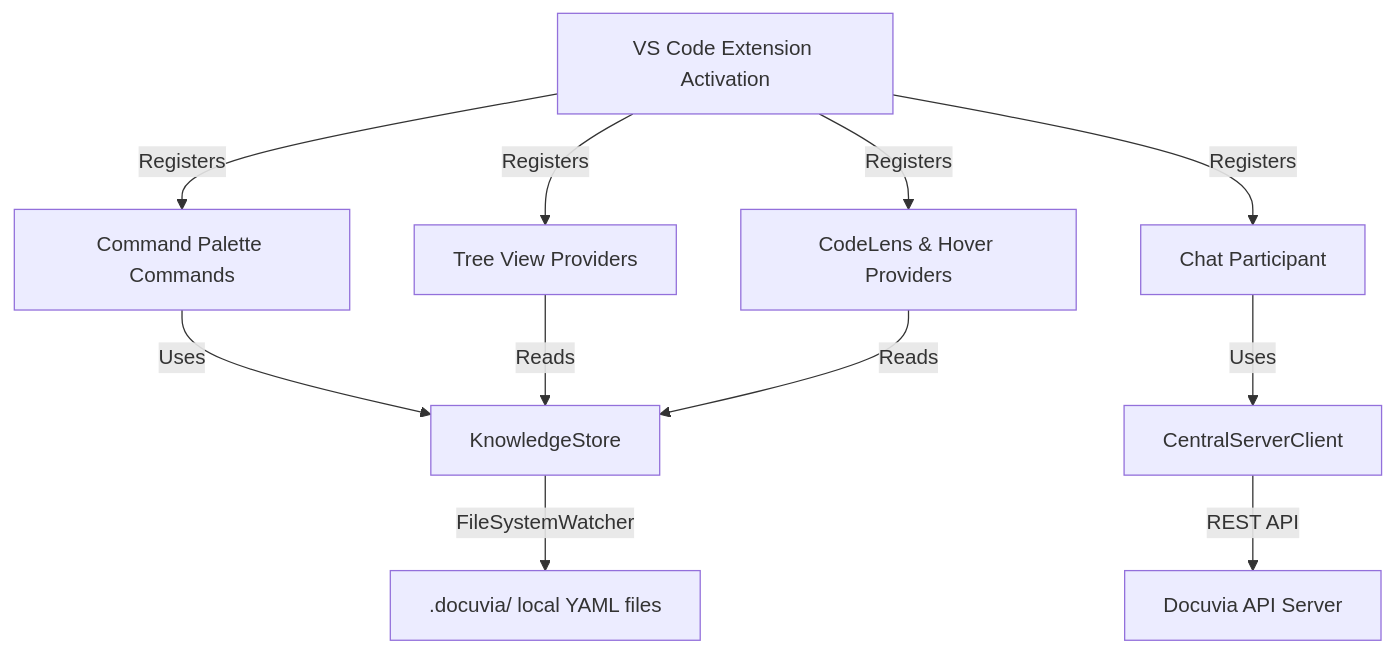
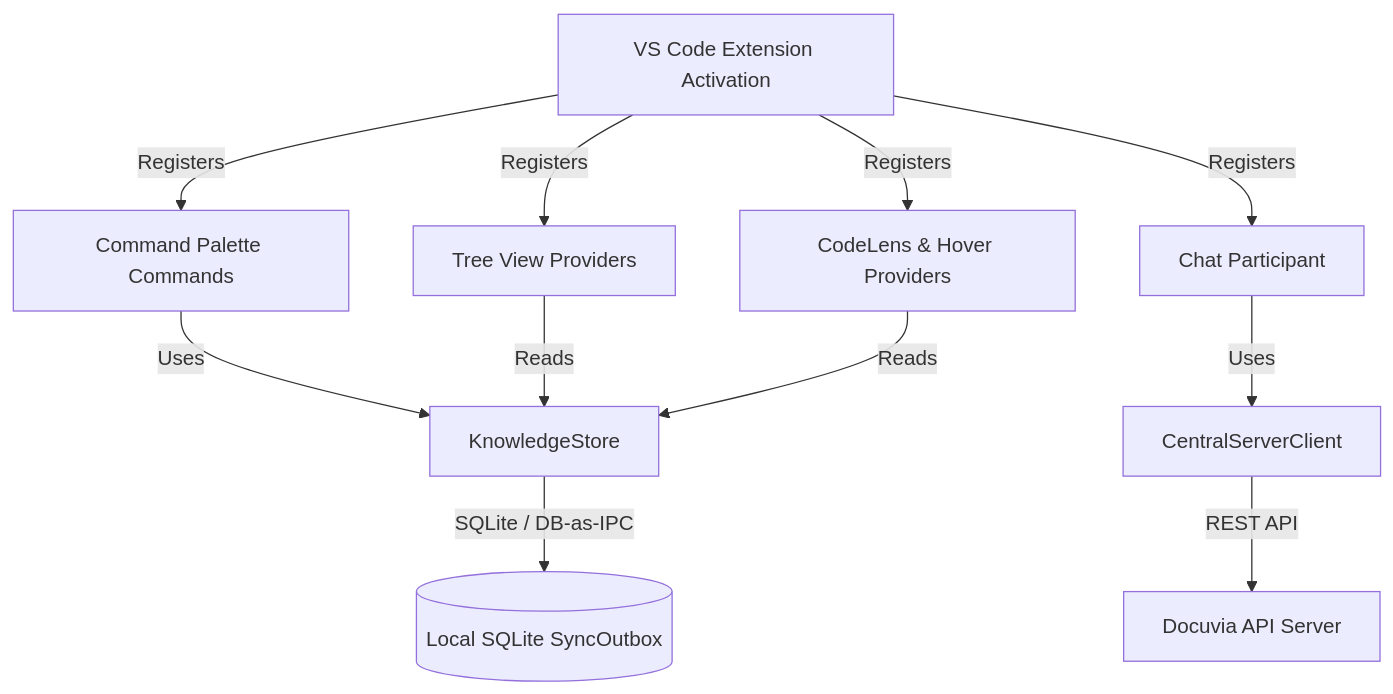
Before and after one commit to dyphn1/Docuvia: the diagram in docs/design/vscode-client/00-router-overview.md, drawn with Mermaid. The commit also changed other lines of this file, not shown here.

Commit message:
docs(architecture): update paths and inject ADR cross-links into vscode-client router overview

````diff
--- a/docs/design/vscode-client/00-router-overview.md
+++ b/docs/design/vscode-client/00-router-overview.md
@@ -9,15 +9,15 @@
 ```mermaid
 graph TD
     VSC[VS Code Extension Activation] -->|Registers| CP[Command Palette Commands]
     VSC -->|Registers| Chat[Chat Participant]
     VSC -->|Registers| Tree[Tree View Providers]
     VSC -->|Registers| Edit[CodeLens & Hover Providers]
 
     CP -->|Uses| Store[KnowledgeStore]
     Chat -->|Uses| Client[CentralServerClient]
     Tree -->|Reads| Store
     Edit -->|Reads| Store
 
-    Store -->|FileSystemWatcher| WS[.docuvia/ local YAML files]
+    Store -->|SQLite / DB-as-IPC| DB[(Local SQLite SyncOutbox)]
     Client -->|REST API| Server[Docuvia API Server]
 ```
````
